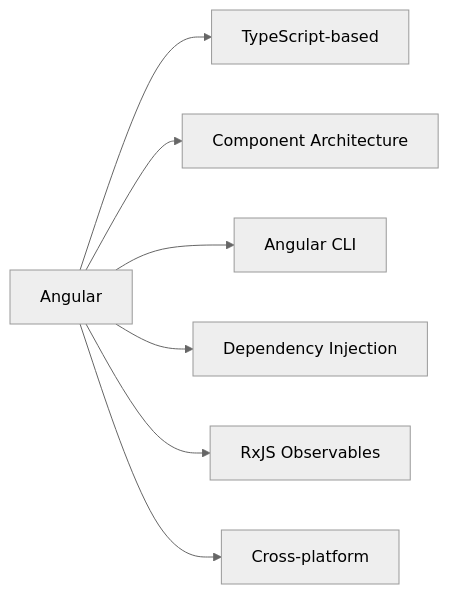
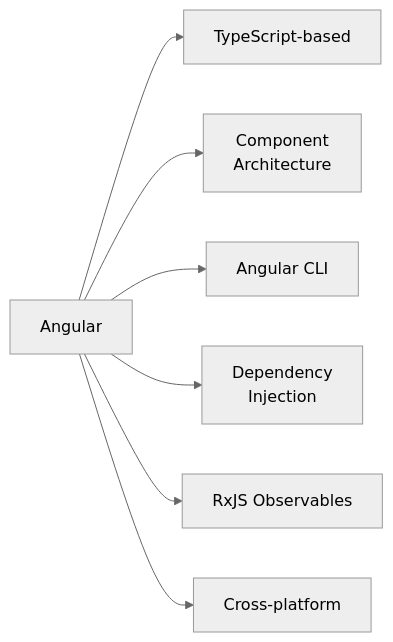
One commit to amitdevx/TY changed the first of 3 diagrams in 02-Semester-VI/CS-352-MJ-T-Design-Framework/Unit-1.md. Above: the diagram before and after it, drawn with Mermaid (neutral theme). The commit also changed other lines of this file and 65 other files, not shown here.

Commit message:
fix:graph vertical

````diff
--- a/02-Semester-VI/CS-352-MJ-T-Design-Framework/Unit-1.md
+++ b/02-Semester-VI/CS-352-MJ-T-Design-Framework/Unit-1.md
@@ -43,9 +43,9 @@
 ```mermaid
 graph LR
   A[Angular] --> B[TypeScript-based]
-  A --> C[Component Architecture]
+  A --> C[Component<br/>Architecture]
   A --> D[Angular CLI]
-  A --> E[Dependency Injection]
+  A --> E[Dependency<br/>Injection]
   A --> F[RxJS Observables]
   A --> G[Cross-platform]
 ```
````
